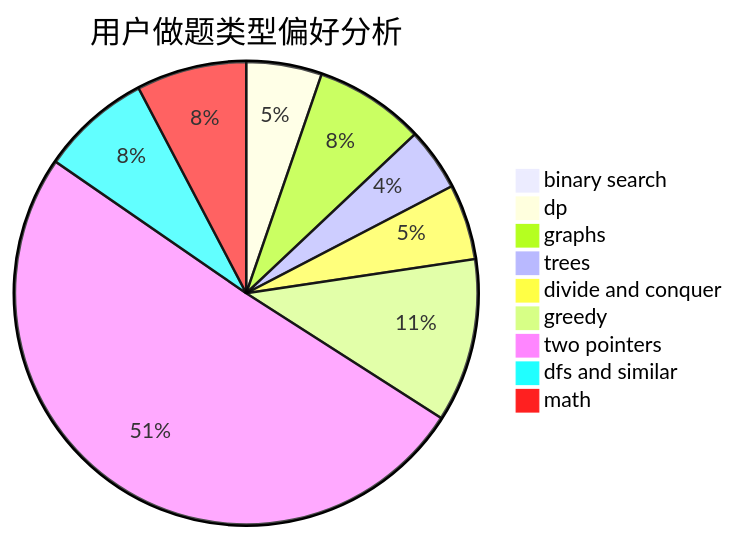
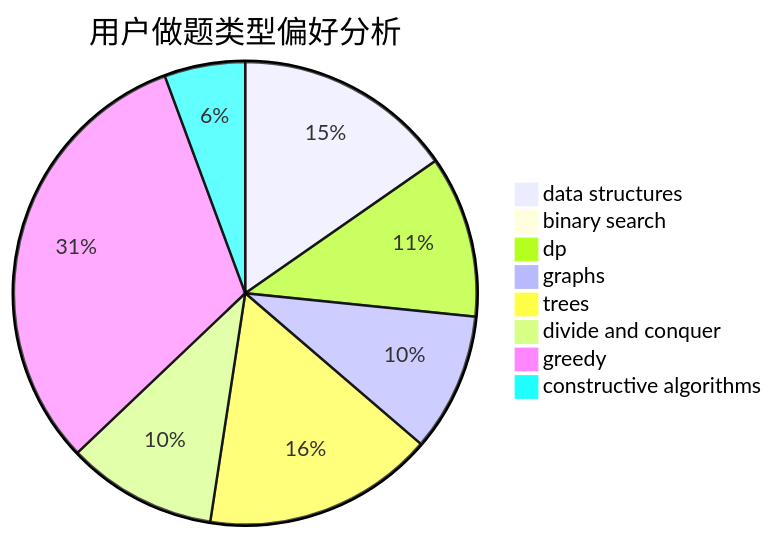
One commit to sherpahu/cfrs.github.io changed the second of 3 diagrams in docs/user/u2336.md. Above: the diagram before and after it, drawn with Mermaid. The commit also changed other lines of this file and 2775 other files, not shown here.

````diff
--- a/docs/user/u2336.md
+++ b/docs/user/u2336.md
@@ -23,12 +23,11 @@
 ```mermaid
 pie title 用户做题类型偏好分析
+    "data structures" :  19
     "binary search" :  0
-    "dp" :  24
-    "graphs" :  35
+    "dp" :  14
+    "graphs" :  12
     "trees" :  20
-    "divide and conquer" :  24
-    "greedy" :  52
-    "two pointers" :  230
-    "dfs and similar" :  35
-    "math" :  35
+    "divide and conquer" :  13
+    "greedy" :  39
+    "constructive algorithms" :  7
 ```
````
